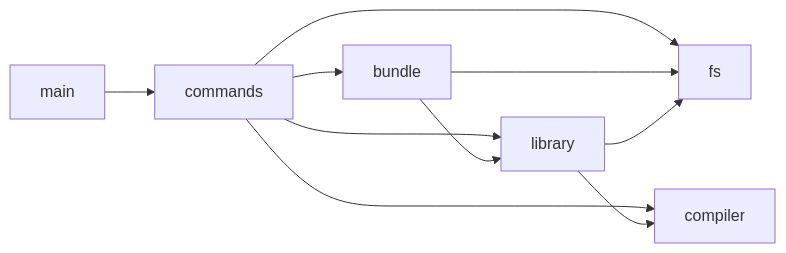
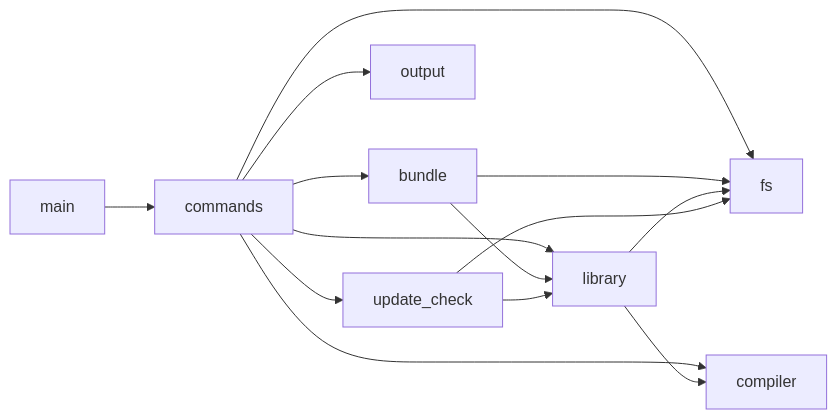
One commit to TwoSquirrels/risundle changed the diagram in docs/architecture.md. Above: the diagram before and after it, drawn with Mermaid. The commit also changed other lines of this file, not shown here.

First line of the commit message:
docs(architecture): モジュール一覧と依存グラフの追随漏れを直す

````diff
--- a/docs/architecture.md
+++ b/docs/architecture.md
@@ -37,12 +39,16 @@
 ```mermaid
 graph LR
   main --> commands
   commands --> bundle
   commands --> library
   commands --> compiler
   commands --> fs
+  commands --> output
+  commands --> update_check
   bundle --> library
   bundle --> fs
   library --> fs
   library --> compiler
+  update_check --> library
+  update_check --> fs
 ```
````
